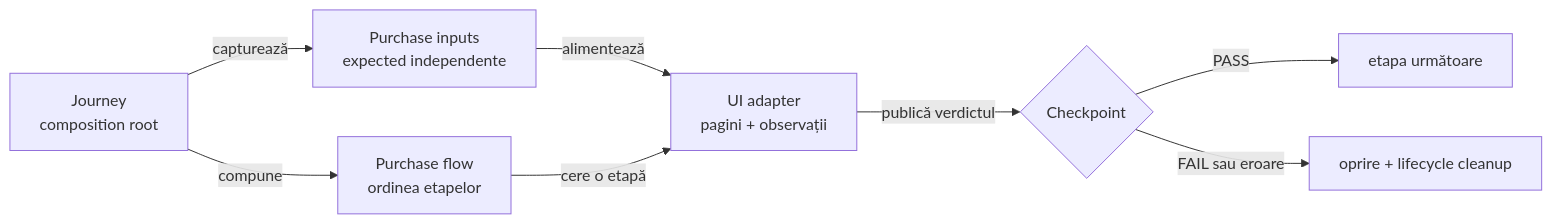
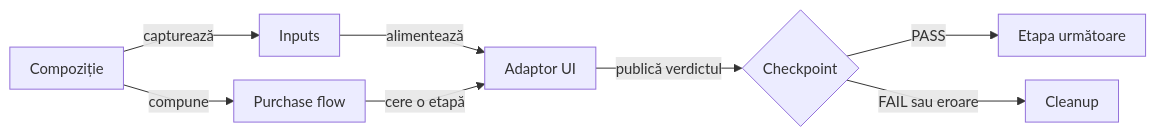
The third of 9 diagrams in atf-test-auto-ex/README.md (crististefanita/atf_j0), drawn with Mermaid before and after one commit. The commit also changed other lines of this file and 97 other files, not shown here.

````diff
--- a/atf-test-auto-ex/README.md
+++ b/atf-test-auto-ex/README.md
@@ -225,10 +258,11 @@
 ```mermaid
+%%{init: {"themeVariables":{"fontSize":"15px"},"themeCSS":".nodeLabel, .nodeLabel p { font-size: 15px !important; line-height: 1.35 !important; } .edgeLabel, .edgeLabel p { font-size: 12px !important; font-weight: 400 !important; line-height: 1.2 !important; } .edgeLabel .labelBkg, .edgeLabel p { background: transparent !important; } .edgeLabel foreignObject { transform: translateY(-18px); overflow: visible; } .node rect { rx: 6px; ry: 6px; }","flowchart":{"curve":"linear","nodeSpacing":24,"rankSpacing":40,"padding":10,"diagramPadding":16}}}%%
 flowchart LR
-    Root["Journey<br/>composition root"] -->|capturează| Inputs["Purchase inputs<br/>expected independente"]
-    Root -->|compune| Flow["Purchase flow<br/>ordinea etapelor"]
-    Inputs -->|alimentează| Adapter["UI adapter<br/>pagini + observații"]
+    Root["Compoziție"] -->|capturează| Inputs["Inputs"]
+    Root -->|compune| Flow["Purchase flow"]
+    Inputs -->|alimentează| Adapter["Adaptor UI"]
     Flow -->|cere o etapă| Adapter
     Adapter -->|publică verdictul| Gate{"Checkpoint"}
-    Gate -->|PASS| Next["etapa următoare"]
-    Gate -->|FAIL sau eroare| Stop["oprire + lifecycle cleanup"]
+    Gate -->|PASS| Next["Etapa următoare"]
+    Gate -->|FAIL sau eroare| Stop["Cleanup"]
 ```
````
